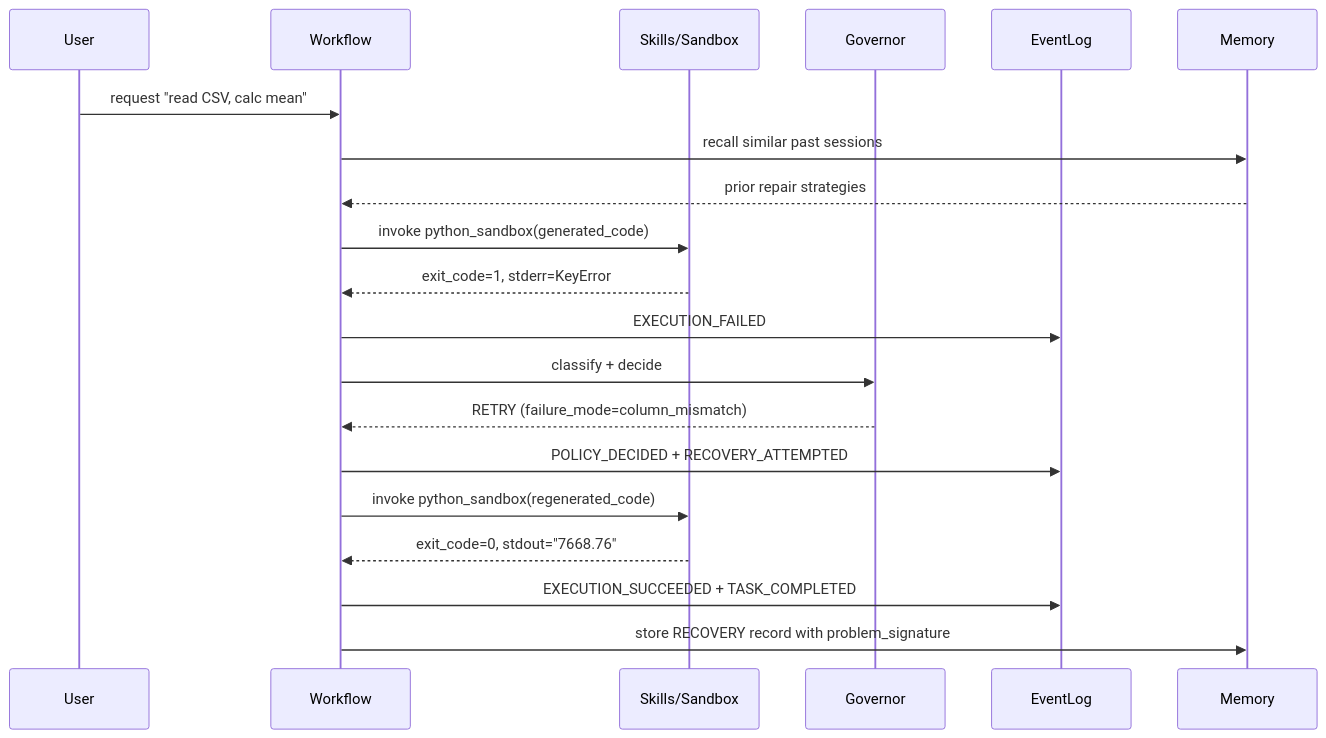
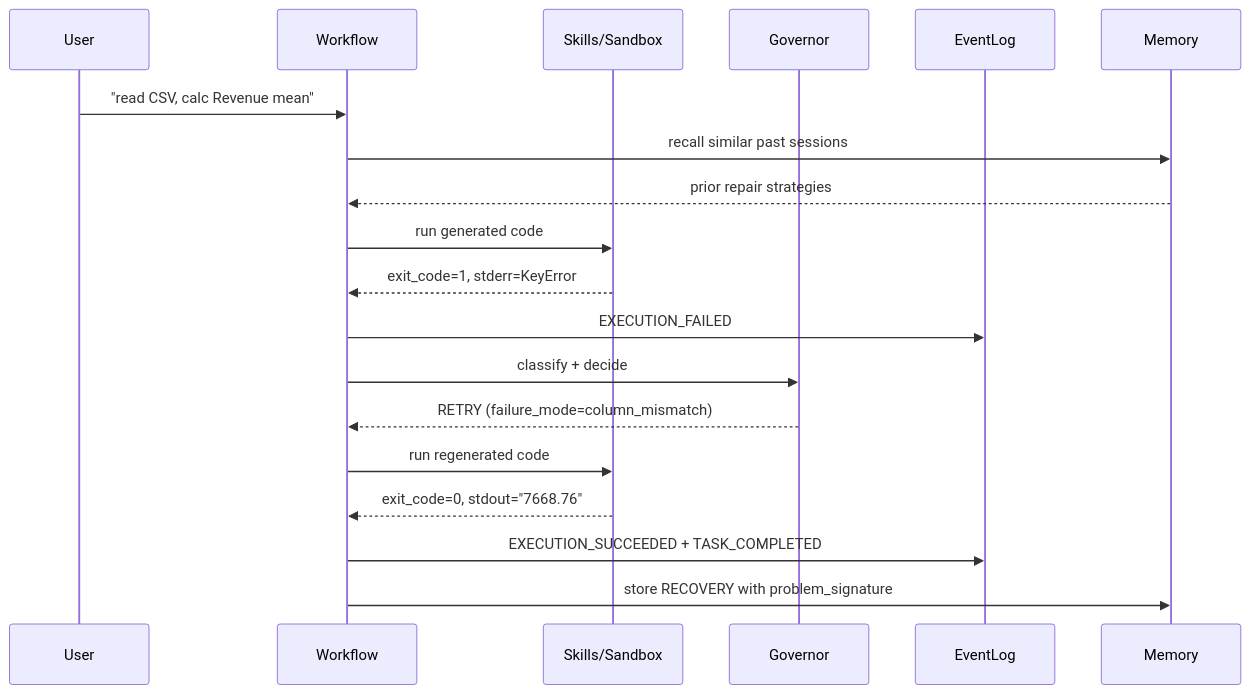
Before and after one commit to Judy-Liu118/Reforge: the diagram in README.md, drawn with Mermaid. The commit also changed other lines of this file and 1 other file, not shown here.

````diff
--- a/README.md
+++ b/README.md
@@ -220,23 +38,22 @@
 ```mermaid
 sequenceDiagram
     participant U as User
     participant W as Workflow
     participant S as Skills/Sandbox
     participant G as Governor
     participant E as EventLog
     participant M as Memory
 
-    U->>W: request "read CSV, calc mean"
+    U->>W: "read CSV, calc Revenue mean"
     W->>M: recall similar past sessions
     M-->>W: prior repair strategies
-    W->>S: invoke python_sandbox(generated_code)
+    W->>S: run generated code
     S-->>W: exit_code=1, stderr=KeyError
     W->>E: EXECUTION_FAILED
     W->>G: classify + decide
     G-->>W: RETRY (failure_mode=column_mismatch)
-    W->>E: POLICY_DECIDED + RECOVERY_ATTEMPTED
-    W->>S: invoke python_sandbox(regenerated_code)
+    W->>S: run regenerated code
     S-->>W: exit_code=0, stdout="7668.76"
     W->>E: EXECUTION_SUCCEEDED + TASK_COMPLETED
-    W->>M: store RECOVERY record with problem_signature
+    W->>M: store RECOVERY with problem_signature
 ```
````
